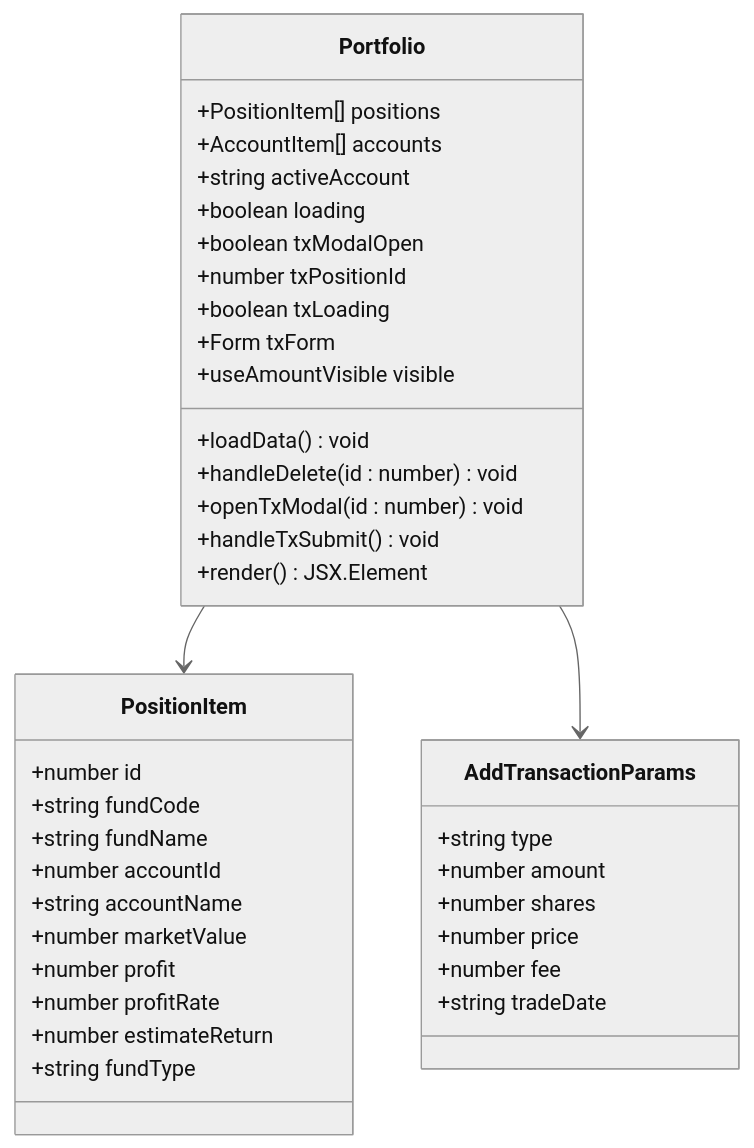
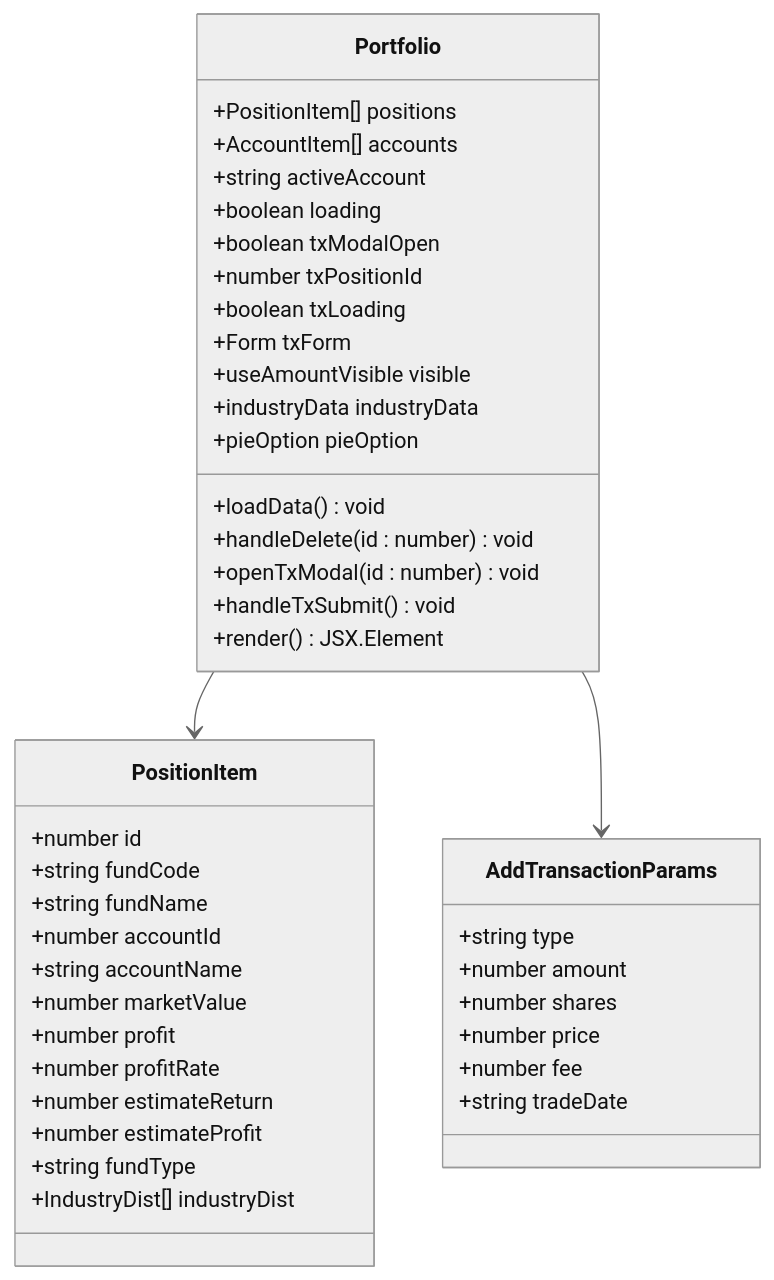
Before and after one commit to gree-coder/fund-butler: the eighth of 21 diagrams in .qoder/repowiki/zh/content/核心功能开发/前端投资组合管理增强.md, drawn with Mermaid (neutral theme). The commit also changed other lines of this file and 15 other files, not shown here.

````diff
--- a/.qoder/repowiki/zh/content/核心功能开发/前端投资组合管理增强.md
+++ b/.qoder/repowiki/zh/content/核心功能开发/前端投资组合管理增强.md
@@ -417,41 +500,45 @@
 ```mermaid
 classDiagram
 class Portfolio {
 +PositionItem[] positions
 +AccountItem[] accounts
 +string activeAccount
 +boolean loading
 +boolean txModalOpen
 +number txPositionId
 +boolean txLoading
 +Form txForm
 +useAmountVisible visible
++industryData industryData
++pieOption pieOption
 +loadData() void
 +handleDelete(id : number) void
 +openTxModal(id : number) void
 +handleTxSubmit() void
 +render() JSX.Element
 }
 class PositionItem {
 +number id
 +string fundCode
 +string fundName
 +number accountId
 +string accountName
 +number marketValue
 +number profit
 +number profitRate
 +number estimateReturn
++number estimateProfit
 +string fundType
++IndustryDist[] industryDist
 }
 class AddTransactionParams {
 +string type
 +number amount
 +number shares
 +number price
 +number fee
 +string tradeDate
 }
 Portfolio --> PositionItem
 Portfolio --> AddTransactionParams
 ```
````
